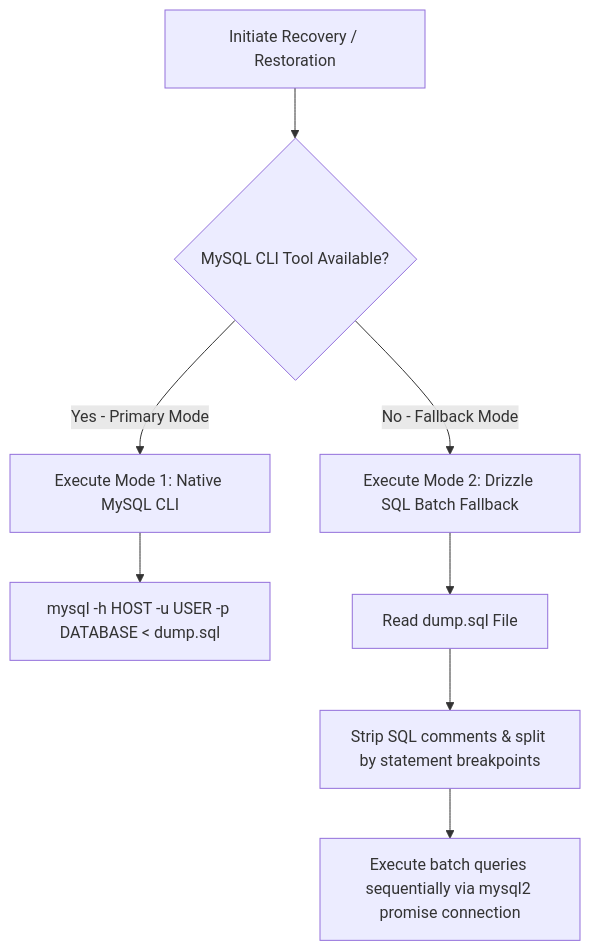
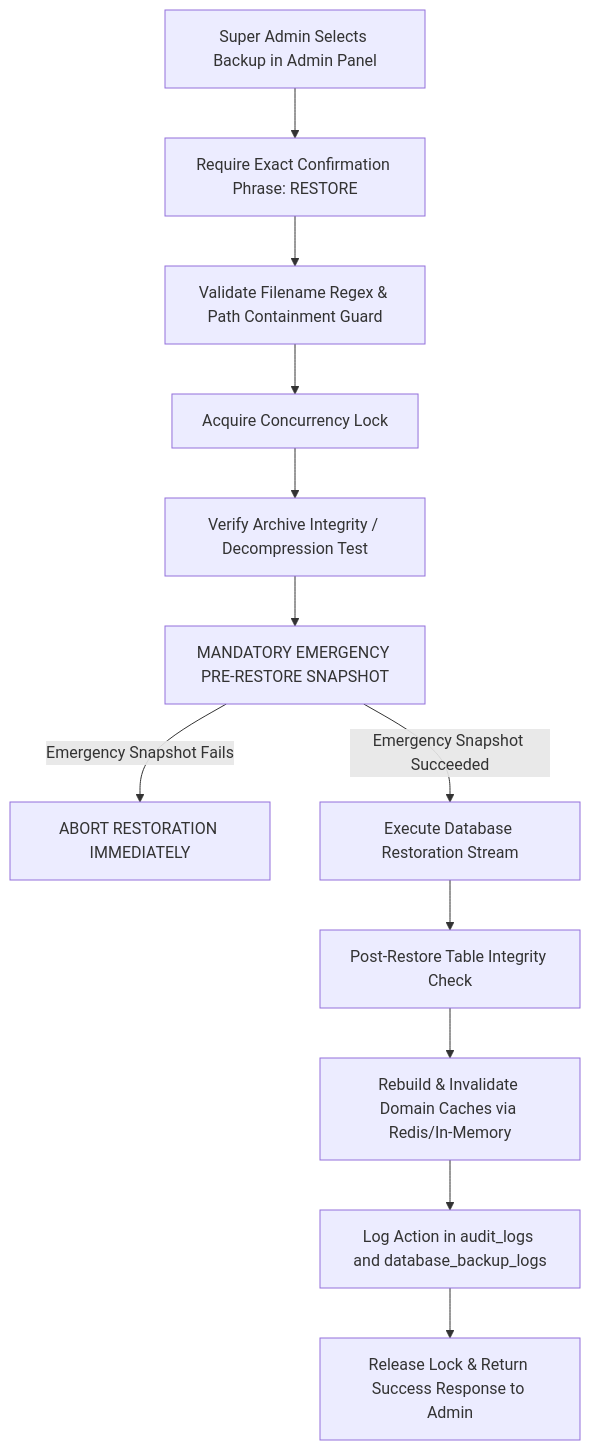
Before and after one commit to GouthamA15/KUCET_College_Management_System: the second of 2 diagrams in DOCUMENTATION/database/backup-strategy.md, drawn with Mermaid. The commit also changed other lines of this file and 24 other files, not shown here.

Commit message:
feat(backup): implement production database backup & recovery system with 14-day retention and guarded restore

````diff
--- a/DOCUMENTATION/database/backup-strategy.md
+++ b/DOCUMENTATION/database/backup-strategy.md
@@ -85,12 +67,14 @@
 ```mermaid
 flowchart TD
-    A[Initiate Recovery / Restoration] --> B{MySQL CLI Tool Available?}
-    
-    B -->|Yes - Primary Mode| C[Execute Mode 1: Native MySQL CLI]
-    C --> C1[mysql -h HOST -u USER -p DATABASE < dump.sql]
-    
-    B -->|No - Fallback Mode| D[Execute Mode 2: Drizzle SQL Batch Fallback]
-    D --> D1[Read dump.sql File]
-    D1 --> D2[Strip SQL comments & split by statement breakpoints]
-    D2 --> D3[Execute batch queries sequentially via mysql2 promise connection]
+    A[Super Admin Selects Backup in Admin Panel] --> B[Require Exact Confirmation Phrase: RESTORE]
+    B --> C[Validate Filename Regex & Path Containment Guard]
+    C --> D[Acquire Concurrency Lock]
+    D --> E[Verify Archive Integrity / Decompression Test]
+    E --> F[MANDATORY EMERGENCY PRE-RESTORE SNAPSHOT]
+    F -->|Emergency Snapshot Fails| G[ABORT RESTORATION IMMEDIATELY]
+    F -->|Emergency Snapshot Succeeded| H[Execute Database Restoration Stream]
+    H --> I[Post-Restore Table Integrity Check]
+    I --> J[Rebuild & Invalidate Domain Caches via Redis/In-Memory]
+    J --> K[Log Action in audit_logs and database_backup_logs]
+    K --> L[Release Lock & Return Success Response to Admin]
 ```
````
